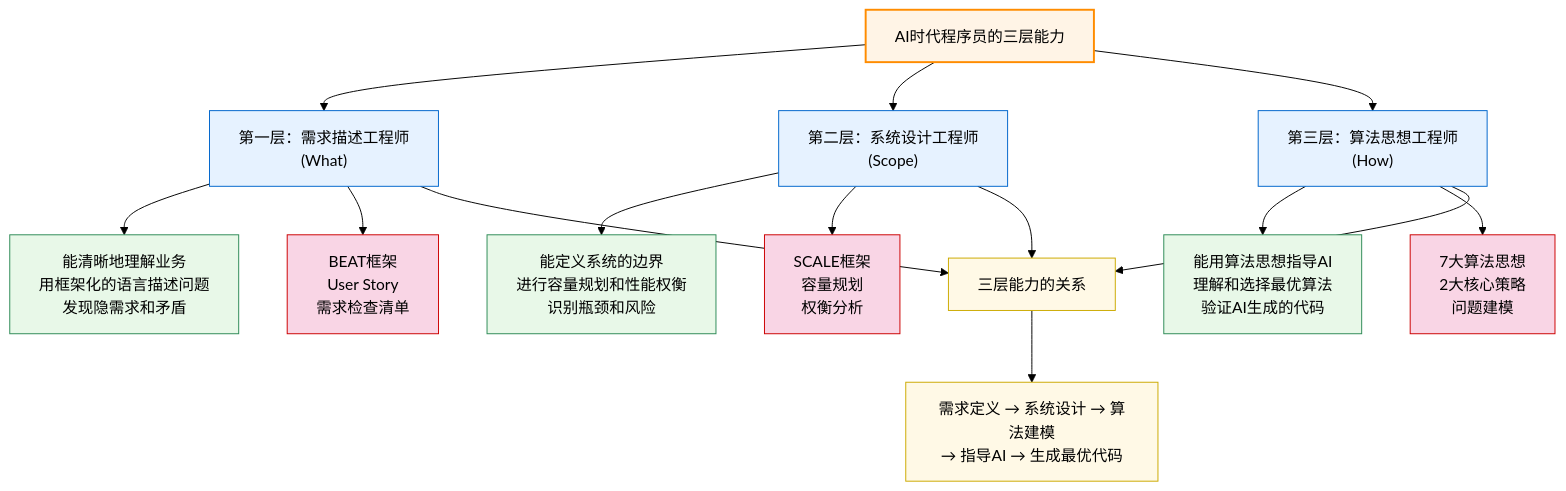
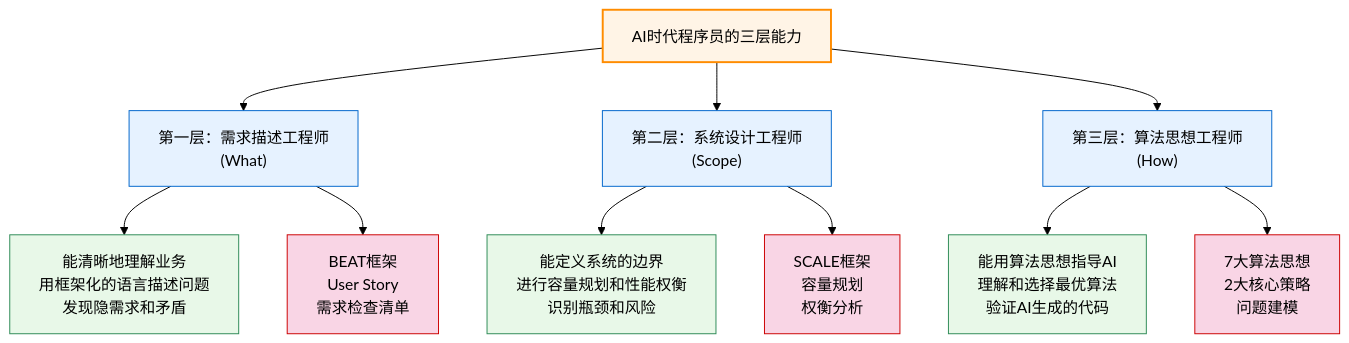
Diagram 13 of 13 in start-here/AI-Era-Programmers-as-System-Design-Engineers.md (microwind/algorithms), drawn with Mermaid (forest theme) before and after one commit. The commit also changed other lines of this file and 3 other files, not shown here.

````diff
--- a/start-here/AI-Era-Programmers-as-System-Design-Engineers.md
+++ b/start-here/AI-Era-Programmers-as-System-Design-Engineers.md
@@ -1577,38 +1476,31 @@
 ```mermaid
 graph TD
     A[AI时代程序员的三层能力] --> B["第一层：需求描述工程师<br/>(What)"]
     A --> C["第二层：系统设计工程师<br/>(Scope)"]
     A --> D["第三层：算法思想工程师<br/>(How)"]
 
     B --> B1["能清晰地理解业务<br/>用框架化的语言描述问题<br/>发现隐需求和矛盾"]
 
     C --> C1["能定义系统的边界<br/>进行容量规划和性能权衡<br/>识别瓶颈和风险"]
 
     D --> D1["能用算法思想指导AI<br/>理解和选择最优算法<br/>验证AI生成的代码"]
 
     B --> B2["BEAT框架<br/>User Story<br/>需求检查清单"]
 
     C --> C2["SCALE框架<br/>容量规划<br/>权衡分析"]
 
     D --> D2["7大算法思想<br/>2大核心策略<br/>问题建模"]
 
-    E["三层能力的关系"]
-    B --> E
-    C --> E
-    D --> E
-
-    E --> E1["需求定义 → 系统设计 → 算法建模<br/>→ 指导AI → 生成最优代码"]
 
     %% 颜色定义
     classDef root fill:#FFF4E6,stroke:#FF8C00,stroke-width:2px;
     classDef layer fill:#E6F2FF,stroke:#0066CC,stroke-width:1px;
     classDef skill fill:#E8F8E8,stroke:#2E8B57,stroke-width:1px;
     classDef framework fill:#f9d5e5,stroke:#CC0000,stroke-width:1px;
     classDef relation fill:#fff9e6,stroke:#CCAA00,stroke-width:1px;
 
     class A root;
     class B,C,D layer;
     class B1,C1,D1,E skill;
     class B2,C2,D2 framework;
-    class E,E1 relation;
 ```
````
